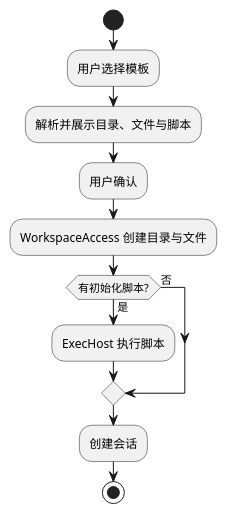
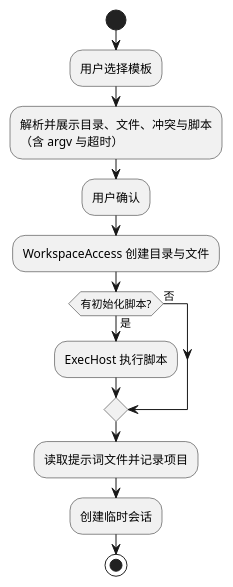
One commit to pisciculus0413/Pisces changed diagram 11 of 12 in docs/1 High-Level Design/1 High-Level Design.md. Above: the diagram before and after it, drawn with PlantUML. The commit also changed other lines of this file and 5 other files, not shown here.

Commit message:
feat(templates): verify the template flow and document it

````diff
--- a/docs/1 High-Level Design/1 High-Level Design.md
+++ b/docs/1 High-Level Design/1 High-Level Design.md
@@ -702,15 +704,16 @@
 ```plantuml
 @startuml
 start
 :用户选择模板;
-:解析并展示目录、文件与脚本;
+:解析并展示目录、文件、冲突与脚本\n（含 argv 与超时）;
 :用户确认;
 :WorkspaceAccess 创建目录与文件;
 if (有初始化脚本?) then (是)
   :ExecHost 执行脚本;
 else (否)
 endif
-:创建会话;
+:读取提示词文件并记录项目;
+:创建临时会话;
 stop
 @enduml
 ```
````
